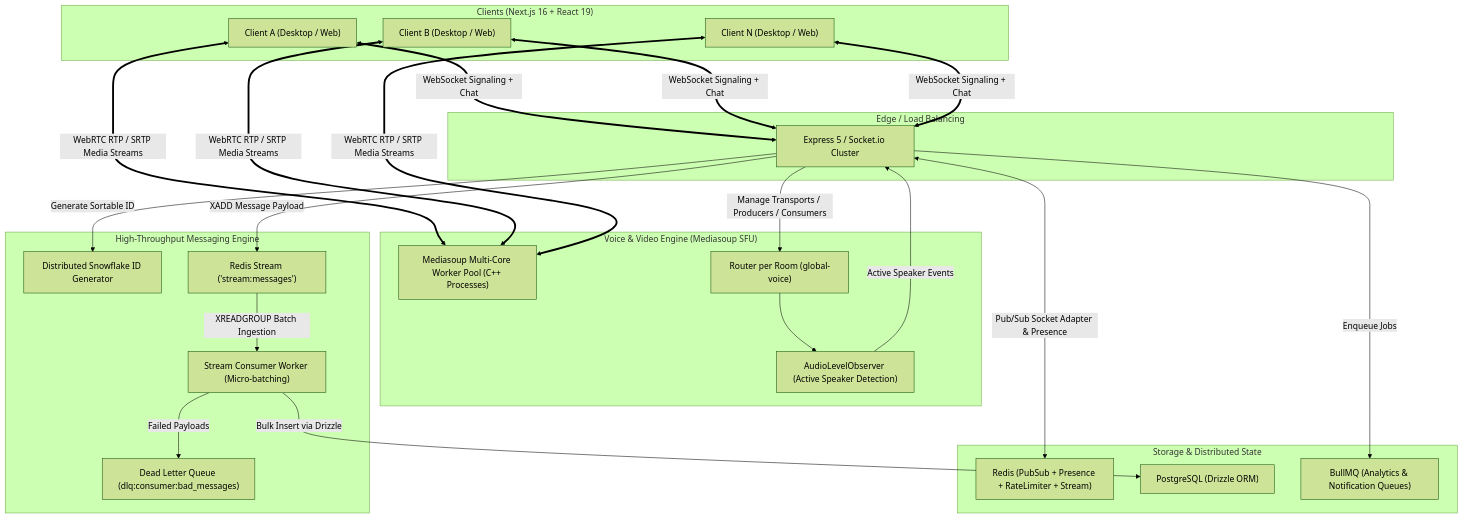
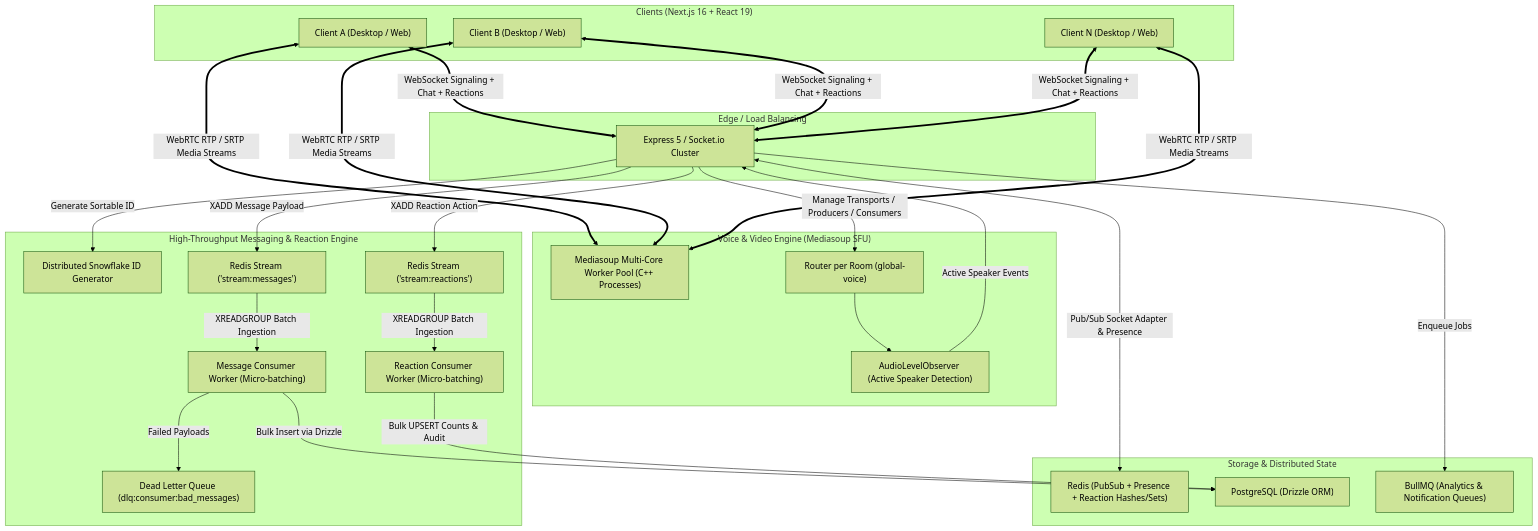
Before and after one commit to sulaimankhan8/demo-discord: the diagram in docs/README.md, drawn with Mermaid (forest theme). The commit also changed other lines of this file and 27 other files, not shown here.

Commit message:
81 reaction  functionality , worker

````diff
--- a/docs/README.md
+++ b/docs/README.md
@@ -20,54 +23,59 @@
 ```mermaid
 flowchart TD
     subgraph Clients["Clients (Next.js 16 + React 19)"]
         BrowserA["Client A (Desktop / Web)"]
         BrowserB["Client B (Desktop / Web)"]
         BrowserN["Client N (Desktop / Web)"]
     end
 
     subgraph EdgeLayer["Edge / Load Balancing"]
         Gateway["Express 5 / Socket.io Cluster"]
     end
 
     subgraph VoiceEngine["Voice & Video Engine (Mediasoup SFU)"]
         WorkerPool["Mediasoup Multi-Core Worker Pool (C++ Processes)"]
         Router["Router per Room (global-voice)"]
         AudioObserver["AudioLevelObserver (Active Speaker Detection)"]
     end
 
-    subgraph MessagingEngine["High-Throughput Messaging Engine"]
+    subgraph MessagingEngine["High-Throughput Messaging & Reaction Engine"]
         SnowflakeGen["Distributed Snowflake ID Generator"]
         RedisStream["Redis Stream ('stream:messages')"]
-        StreamWorker["Stream Consumer Worker (Micro-batching)"]
+        ReactionStream["Redis Stream ('stream:reactions')"]
+        StreamWorker["Message Consumer Worker (Micro-batching)"]
+        ReactionWorker["Reaction Consumer Worker (Micro-batching)"]
         DLQ["Dead Letter Queue (dlq:consumer:bad_messages)"]
     end
 
     subgraph StateAndStorage["Storage & Distributed State"]
-        RedisCluster["Redis (PubSub + Presence + RateLimiter + Stream)"]
+        RedisCluster["Redis (PubSub + Presence + Reaction Hashes/Sets)"]
         PostgresDB["PostgreSQL (Drizzle ORM)"]
         BullMQQueues["BullMQ (Analytics & Notification Queues)"]
     end
 
     %% Client Interactions
-    BrowserA <==>|WebSocket Signaling + Chat| Gateway
-    BrowserB <==>|WebSocket Signaling + Chat| Gateway
-    BrowserN <==>|WebSocket Signaling + Chat| Gateway
+    BrowserA <==>|WebSocket Signaling + Chat + Reactions| Gateway
+    BrowserB <==>|WebSocket Signaling + Chat + Reactions| Gateway
+    BrowserN <==>|WebSocket Signaling + Chat + Reactions| Gateway
 
     BrowserA <==>|WebRTC RTP / SRTP Media Streams| WorkerPool
     BrowserB <==>|WebRTC RTP / SRTP Media Streams| WorkerPool
     BrowserN <==>|WebRTC RTP / SRTP Media Streams| WorkerPool
 
     %% Voice pipeline
     Gateway -->|Manage Transports / Producers / Consumers| Router
     Router --> AudioObserver
     AudioObserver -->|Active Speaker Events| Gateway
 
     %% Chat pipeline
     Gateway -->|Generate Sortable ID| SnowflakeGen
     Gateway -->|XADD Message Payload| RedisStream
+    Gateway -->|XADD Reaction Action| ReactionStream
     RedisStream -->|XREADGROUP Batch Ingestion| StreamWorker
+    ReactionStream -->|XREADGROUP Batch Ingestion| ReactionWorker
     StreamWorker -->|Bulk Insert via Drizzle| PostgresDB
+    ReactionWorker -->|Bulk UPSERT Counts & Audit| PostgresDB
     StreamWorker -->|Failed Payloads| DLQ
     Gateway <-->|Pub/Sub Socket Adapter & Presence| RedisCluster
     Gateway -->|Enqueue Jobs| BullMQQueues
 ```
````
